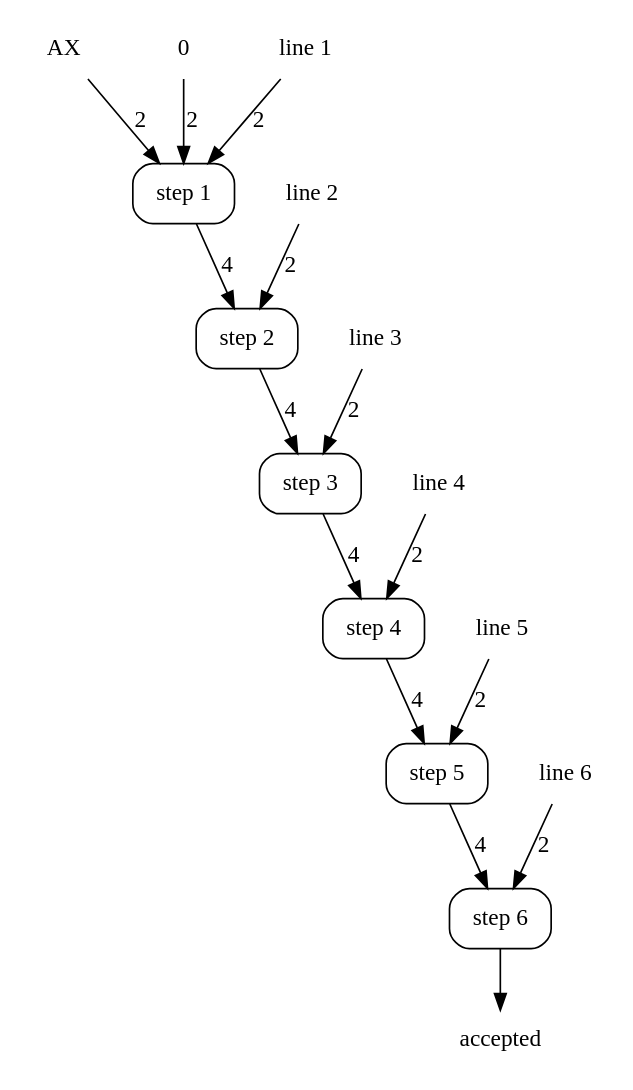
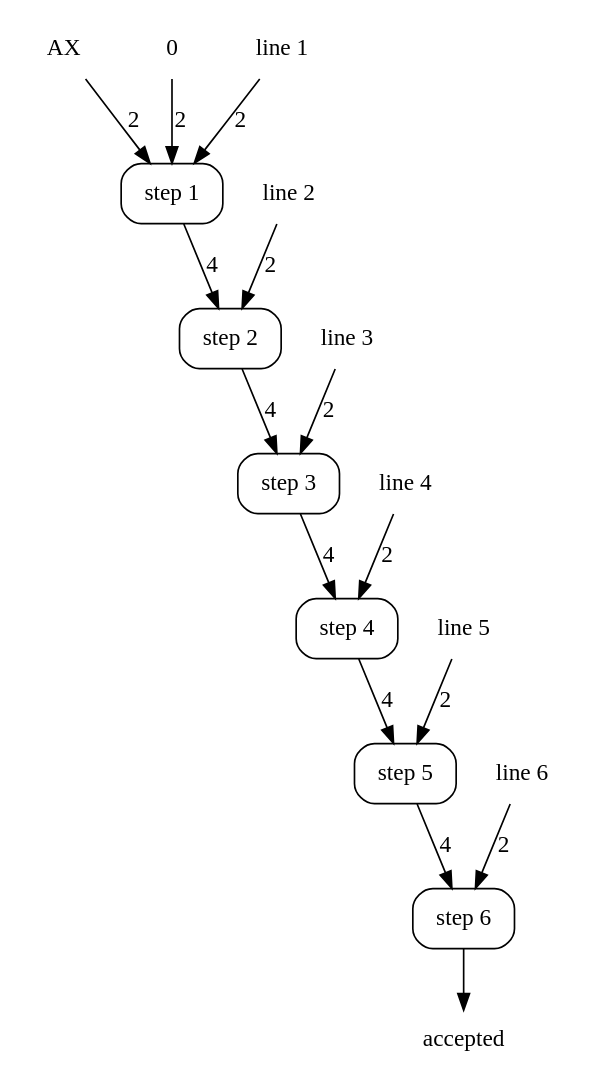
One commit to showell/cook-levin-riff changed the third of 8 diagrams in book/book.md. Above: the diagram before and after it, drawn with Graphviz. The commit also changed other lines of this file and 2 other files, not shown here.

First line of the commit message:
book: the circuit ladder on AX's two bits, schematics once, boxes after

````diff
--- a/book/book.md
+++ b/book/book.md
@@ -1077,35 +847,36 @@
 ```dot
 digraph {
   rankdir=TB;
+  nodesep=0.15;
   node [shape=box, style=rounded];
   i0 [shape=plaintext, label="AX"];
   i1 [shape=plaintext, label="0"];
   i2 [shape=plaintext, label="line 1"];
   i3 [shape=plaintext, label="line 2"];
   i4 [shape=plaintext, label="line 3"];
   i5 [shape=plaintext, label="line 4"];
   i6 [shape=plaintext, label="line 5"];
   i7 [shape=plaintext, label="line 6"];
   b0 [label="step 1"];
   b1 [label="step 2"];
   b2 [label="step 3"];
   b3 [label="step 4"];
   b4 [label="step 5"];
   b5 [label="step 6"];
   o0 [shape=plaintext, label="accepted"];
   i0 -> b0 [label="2"];
   i1 -> b0 [label="2"];
   i2 -> b0 [label="2"];
   b0 -> b1 [label="4"];
   i3 -> b1 [label="2"];
   b1 -> b2 [label="4"];
   i4 -> b2 [label="2"];
   b2 -> b3 [label="4"];
   i5 -> b3 [label="2"];
   b3 -> b4 [label="4"];
   i6 -> b4 [label="2"];
   b4 -> b5 [label="4"];
   i7 -> b5 [label="2"];
   b5 -> o0;
 }
 ```
````
